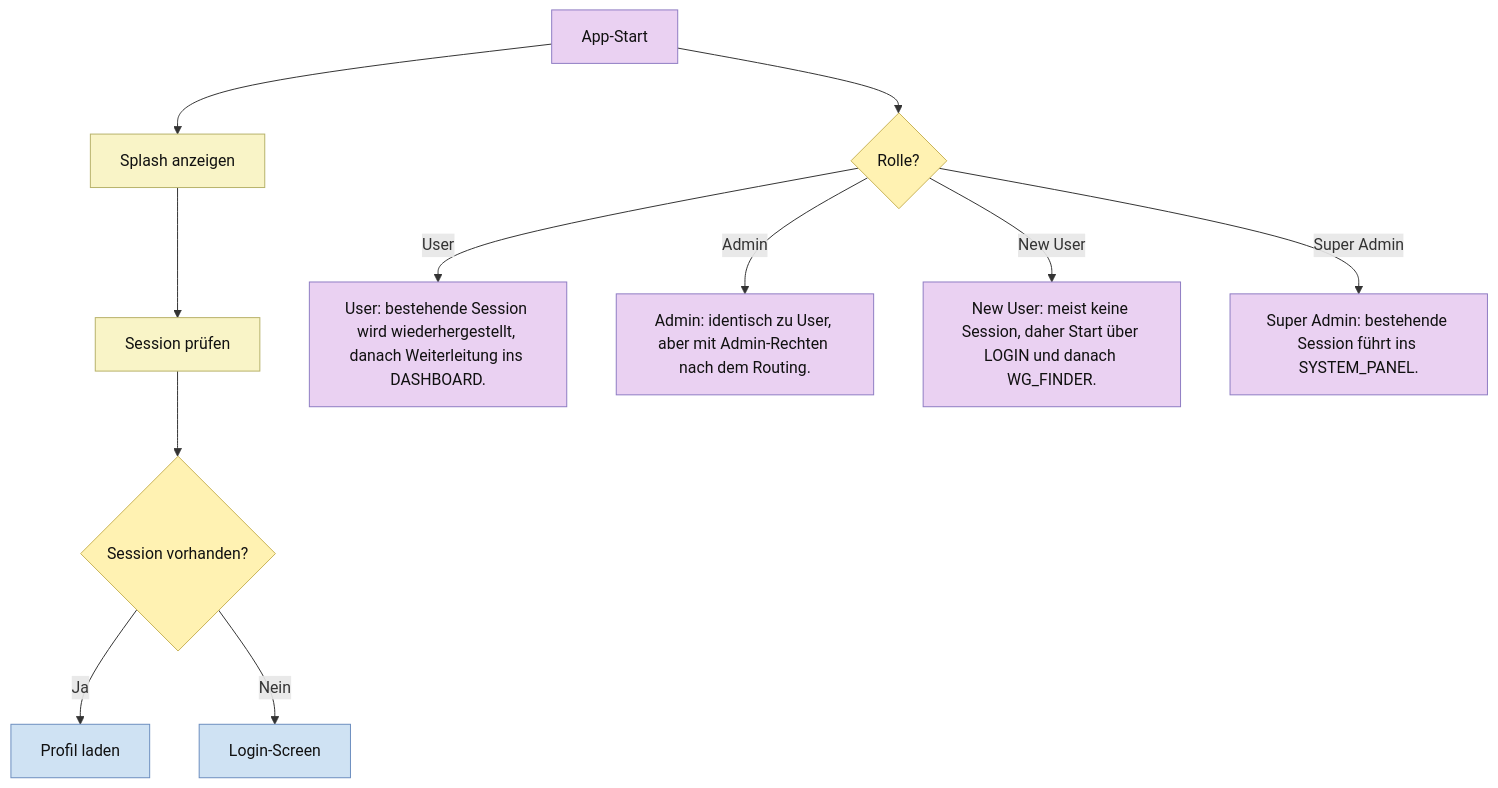
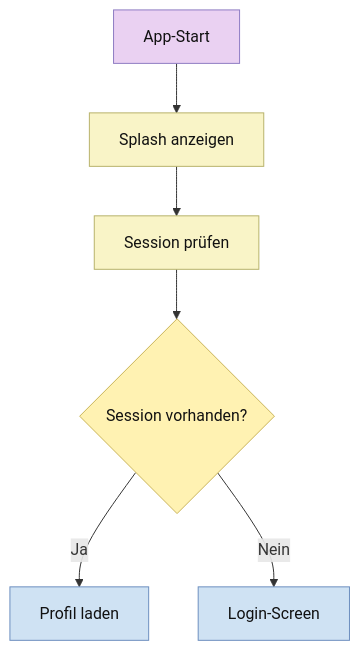
The seventh of 27 diagrams in ABLAUFDIAGRAMM.md (Nejy190501/WGManager), drawn with Mermaid before and after one commit. The commit also changed other lines of this file, not shown here.

````diff
--- a/ABLAUFDIAGRAMM.md
+++ b/ABLAUFDIAGRAMM.md
@@ -390,34 +325,21 @@
 ```mermaid
 flowchart TD
     A["App-Start"] --> B["Splash anzeigen"]
     B --> C["Session prüfen"]
     C --> D{"Session vorhanden?"}
     D -->|Ja| E["Profil laden"]
     D -->|Nein| F["Login-Screen"]
-
-
-    A --> RLQ{"Rolle?"}
-    RLU["User: bestehende Session wird wiederhergestellt, danach Weiterleitung ins DASHBOARD."]
-    RLA["Admin: identisch zu User, aber mit Admin-Rechten nach dem Routing."]
-    RLN["New User: meist keine Session, daher Start über LOGIN und danach WG_FINDER."]
-    RLS["Super Admin: bestehende Session führt ins SYSTEM_PANEL."]
-    RLQ -->|User| RLU
-    RLQ -->|Admin| RLA
-    RLQ -->|New User| RLN
-    RLQ -->|Super Admin| RLS
 
     classDef userAction fill:#ead1f2,stroke:#8e7cc3,color:#111;
     classDef systemAction fill:#f9f4c7,stroke:#b7b26a,color:#111;
     classDef userDecision fill:#f4cccc,stroke:#cc7a7a,color:#111;
     classDef systemDecision fill:#fff2b2,stroke:#c9b458,color:#111;
     classDef button fill:#f4a6a6,stroke:#c97b7b,color:#111;
     classDef userInput fill:#f8d7da,stroke:#d49aa2,color:#111;
     classDef screen fill:#cfe2f3,stroke:#6c8ebf,color:#111;
 
     class A userAction;
     class B,C systemAction;
     class D systemDecision;
     class E,F screen;
-    class RLQ systemDecision;
-    class RLU,RLA,RLN,RLS userAction;
 ```
````
